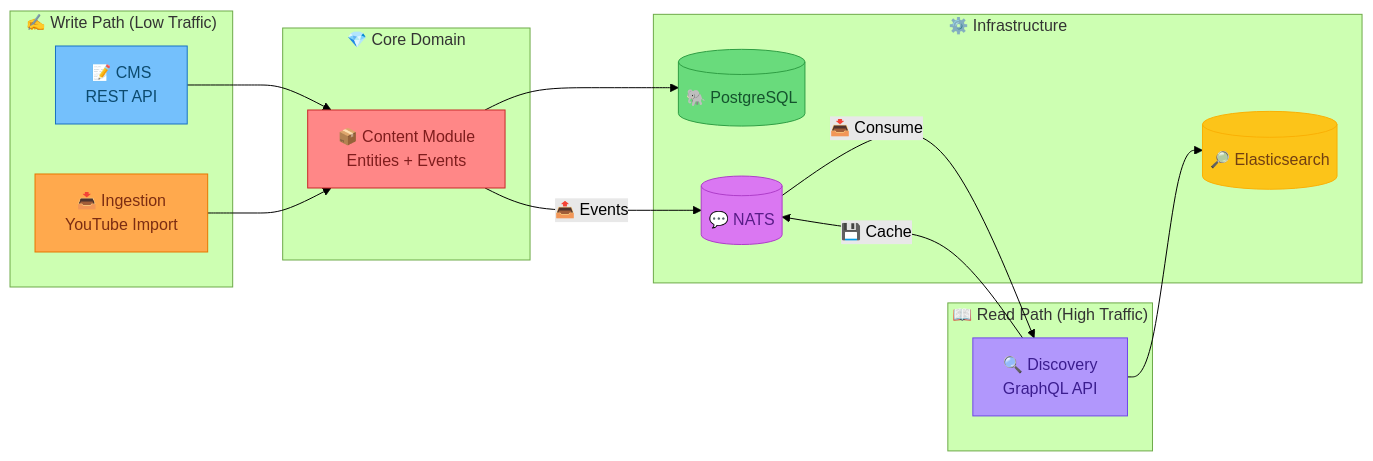
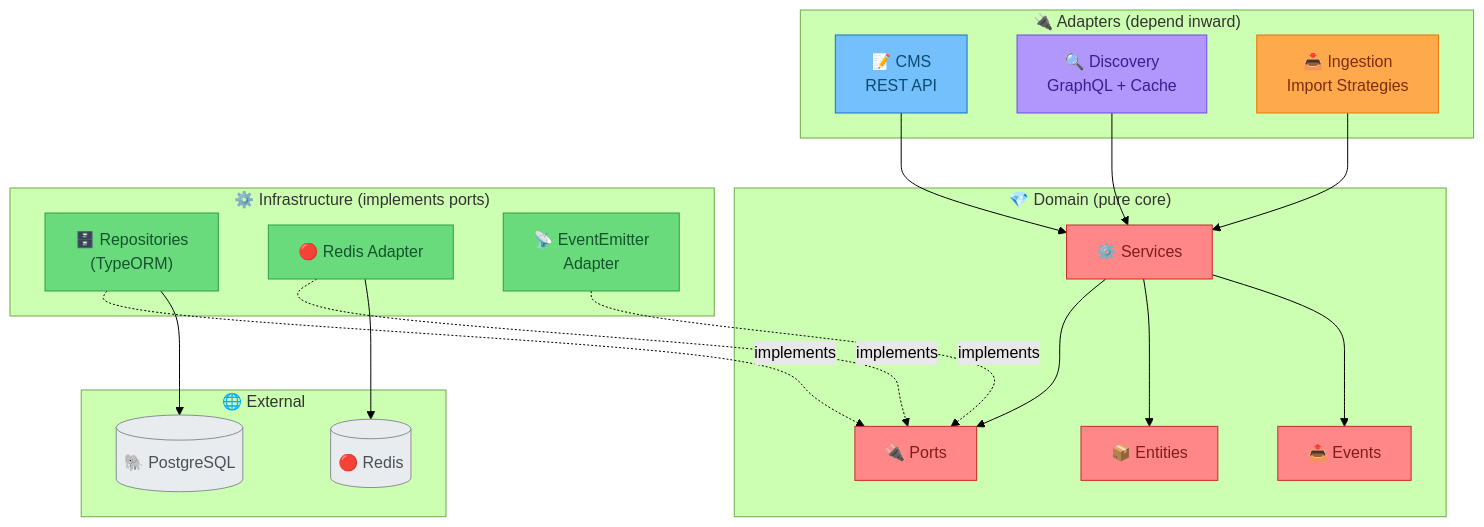
One commit to mmed199/thmanyah-cms changed the second of 7 diagrams in docs/design.md. Above: the diagram before and after it, drawn with Mermaid (forest theme). The commit also changed other lines of this file and 40 other files, not shown here.

````diff
--- a/docs/design.md
+++ b/docs/design.md
@@ -111,37 +122,54 @@
 ```mermaid
-flowchart LR
-    subgraph Write["✍️ Write Path (Low Traffic)"]
+flowchart TB
+    subgraph Adapters["🔌 Adapters (depend inward)"]
         CMS["📝 CMS<br>REST API"]
-        Ingestion["📥 Ingestion<br>YouTube Import"]
+        Discovery["🔍 Discovery<br>GraphQL + Cache"]
+        Ingestion["📥 Ingestion<br>Import Strategies"]
     end
+
+    subgraph Domain["💎 Domain (pure core)"]
+        Entities["📦 Entities"]
+        Services["⚙️ Services"]
+        Ports["🔌 Ports"]
+        Events["📤 Events"]
+    end
+
+    subgraph Infra["⚙️ Infrastructure (implements ports)"]
+        Repos["🗄️ Repositories<br>(TypeORM)"]
+        Cache["🔴 Redis Adapter"]
+        EventBus["📡 EventEmitter<br>Adapter"]
+    end
+
+    subgraph External["🌐 External"]
+        PG[("🐘 PostgreSQL")]
+        Redis[("🔴 Redis")]
+    end
+
+    CMS --> Services
+    Discovery --> Services
+    Ingestion --> Services
     
-    subgraph Core["💎 Core Domain"]
-        Content["📦 Content Module<br>Entities + Events"]
-    end
+    Services --> Ports
+    Services --> Entities
+    Services --> Events
     
-    subgraph Read["📖 Read Path (High Traffic)"]
-        Discovery["🔍 Discovery<br>GraphQL API"]
-    end
+    Repos -.->|implements| Ports
+    Cache -.->|implements| Ports
+    EventBus -.->|implements| Ports
     
-    subgraph Infra["⚙️ Infrastructure"]
-        PG[("🐘 PostgreSQL")]
-        ES[("🔎 Elasticsearch")]
-        NATS[("💬 NATS")]
-    end
-    
-    CMS --> Content
-    Ingestion --> Content
-    Content --> PG
-    Content -->|"📤 Events"| NATS
-    NATS -->|"📥 Consume"| Discovery
-    Discovery --> ES
-    Discovery -->|"💾 Cache"| NATS
+    Repos --> PG
+    Cache --> Redis
 
     style CMS fill:#74c0fc,stroke:#1971c2,color:#0c4a6e
+    style Discovery fill:#b197fc,stroke:#7048e8,color:#3b1d8f
     style Ingestion fill:#ffa94d,stroke:#e67700,color:#7c2d12
-    style Content fill:#ff8787,stroke:#c92a2a,color:#7f1d1d
-    style Discovery fill:#b197fc,stroke:#7048e8,color:#3b1d8f
-    style PG fill:#69db7c,stroke:#2f9e44,color:#14532d
-    style ES fill:#fcc419,stroke:#fab005,color:#713f12
-    style NATS fill:#da77f2,stroke:#ae3ec9,color:#581c87
+    style Entities fill:#ff8787,stroke:#c92a2a,color:#7f1d1d
+    style Services fill:#ff8787,stroke:#c92a2a,color:#7f1d1d
+    style Ports fill:#ff8787,stroke:#c92a2a,color:#7f1d1d
+    style Events fill:#ff8787,stroke:#c92a2a,color:#7f1d1d
+    style Repos fill:#69db7c,stroke:#2f9e44,color:#14532d
+    style Cache fill:#69db7c,stroke:#2f9e44,color:#14532d
+    style EventBus fill:#69db7c,stroke:#2f9e44,color:#14532d
+    style PG fill:#e9ecef,stroke:#868e96,color:#495057
+    style Redis fill:#e9ecef,stroke:#868e96,color:#495057
 ```
````
